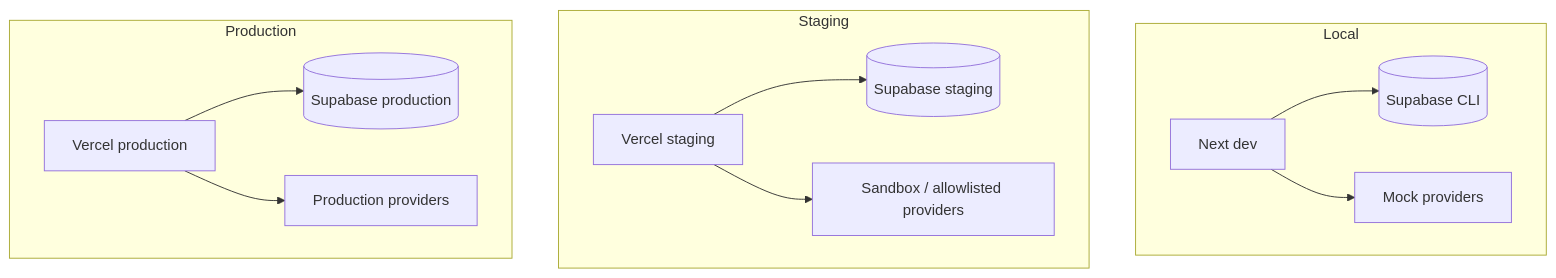
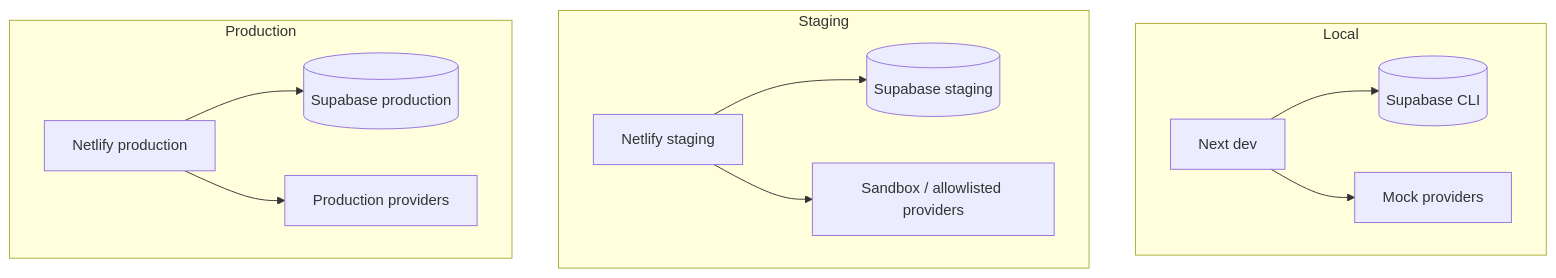
One commit to Beejeezum/callon changed the second of 3 diagrams in docs/22_PRODUCTION_ARCHITECTURE_MAP.md. Above: the diagram before and after it, drawn with Mermaid. The commit also changed other lines of this file and 37 other files, not shown here.

````diff
--- a/docs/22_PRODUCTION_ARCHITECTURE_MAP.md
+++ b/docs/22_PRODUCTION_ARCHITECTURE_MAP.md
@@ -53,15 +53,15 @@
 ```mermaid
 flowchart TB
   subgraph Local
     LW[Next dev] --> LS[(Supabase CLI)]
     LW --> LM[Mock providers]
   end
   subgraph Staging
-    SV[Vercel staging] --> SS[(Supabase staging)]
+    SV[Netlify staging] --> SS[(Supabase staging)]
     SV --> SP[Sandbox / allowlisted providers]
   end
   subgraph Production
-    PV[Vercel production] --> PS[(Supabase production)]
+    PV[Netlify production] --> PS[(Supabase production)]
     PV --> PP[Production providers]
   end
 ```
````
